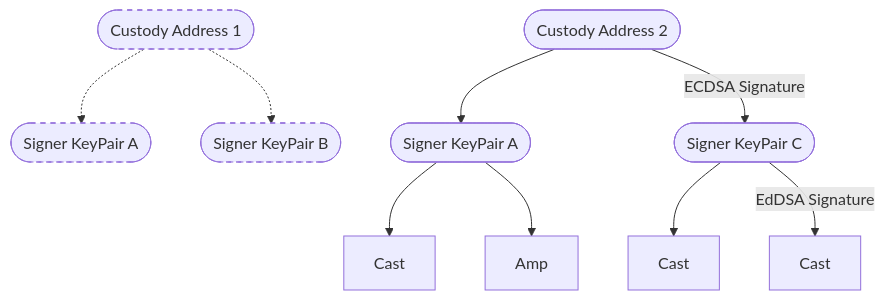
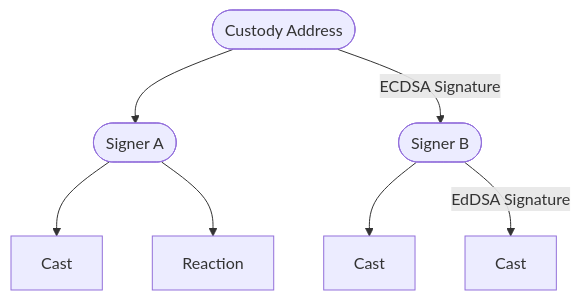
Before and after one commit to farcasterxyz/protocol: the ninth of 10 diagrams in README.md, drawn with Mermaid. The commit also changed other lines of this file, not shown here.

````diff
--- a/README.md
+++ b/README.md
@@ -573,15 +580,9 @@
 ```mermaid
 graph TD
-    Custody1([Custody Address 1]) -.-> SignerA([Signer KeyPair A])
-    Custody1 -.->  SignerB([Signer KeyPair B])
-    style Custody1 stroke-dasharray: 5 5
-    style SignerA stroke-dasharray: 5 5
-    style SignerB stroke-dasharray: 5 5
-
-    Custody2([Custody Address 2]) --> SignerA1([Signer KeyPair A])
-    Custody2 -->  |ECDSA Signature|SignerC([Signer KeyPair C])
+    Custody2([Custody Address]) --> SignerA1([Signer A])
+    Custody2 -->  |ECDSA Signature|SignerC([Signer B])
     SignerC -->  CastA[Cast]
     SignerC -->  |EdDSA Signature| CastB[Cast]
     SignerA1 -->  CastC[Cast]
-    SignerA1 -->  CastD[Amp]
+    SignerA1 -->  CastD[Reaction]
 ```
````
